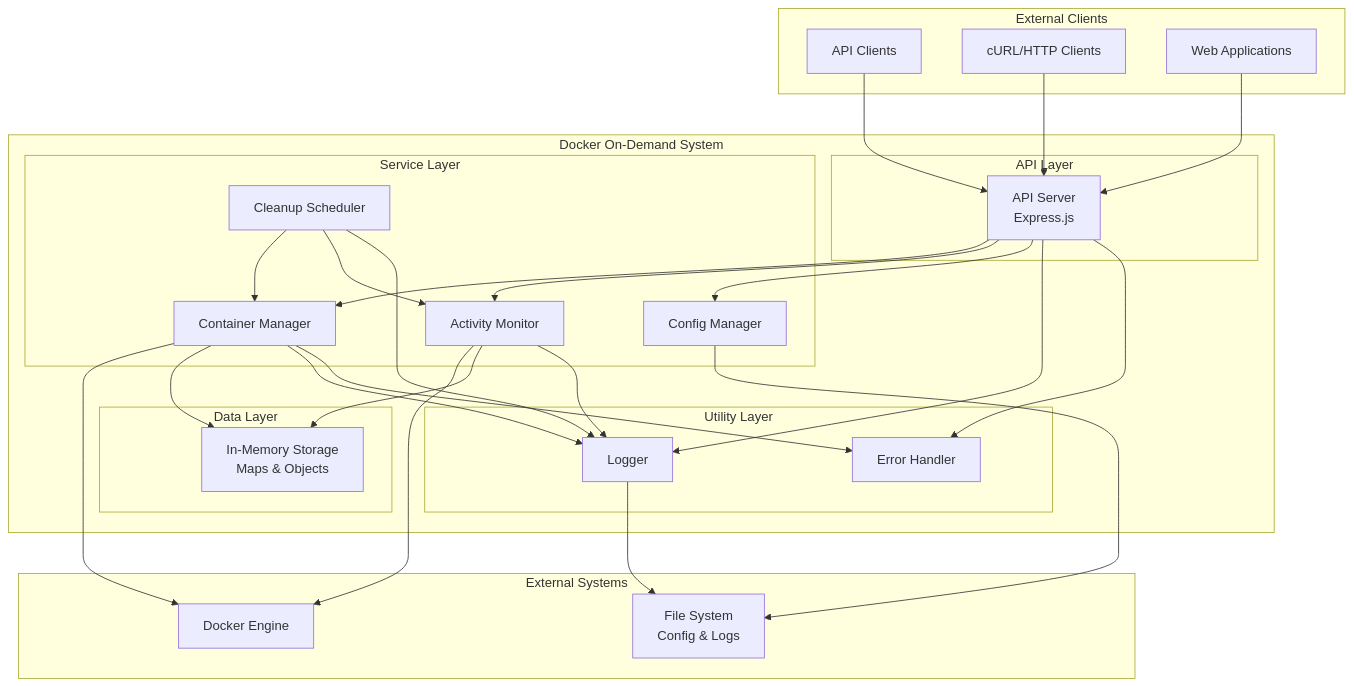
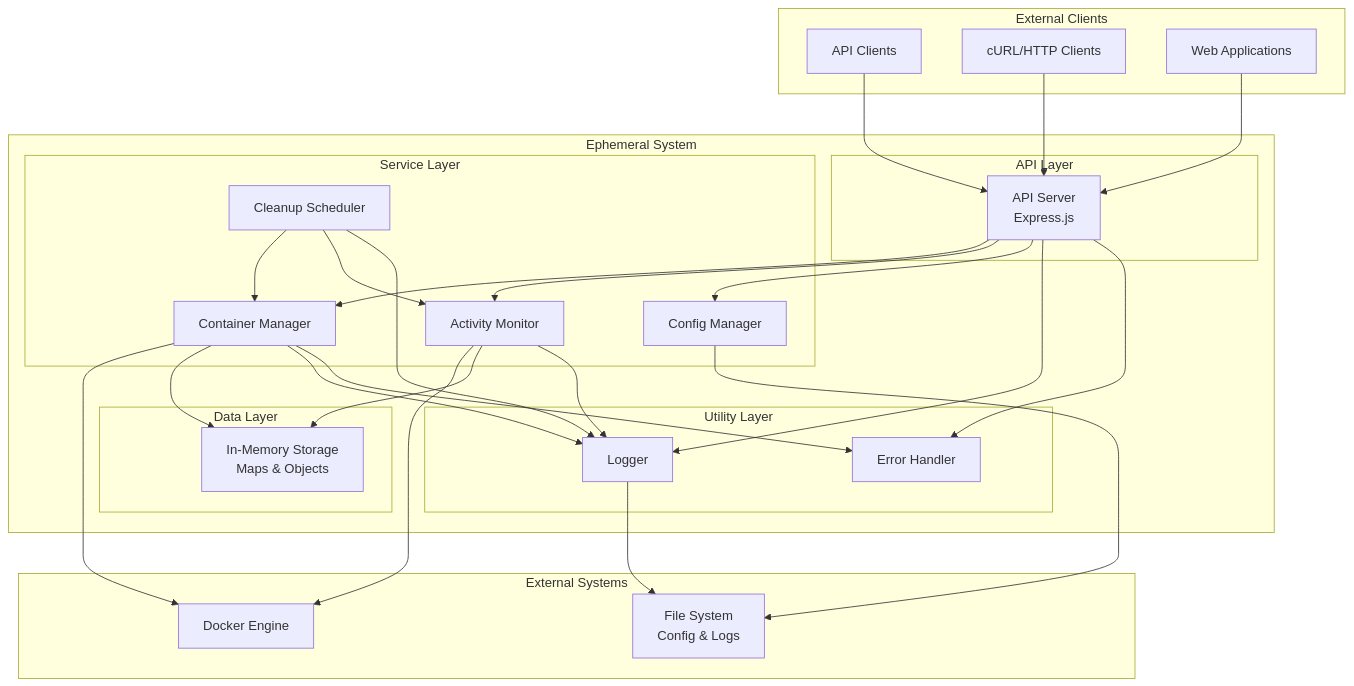
One commit to mintic-ai/ephemeral changed the diagram in docs/architecture/overview.md. Above: the diagram before and after it, drawn with Mermaid. The commit also changed other lines of this file and 29 other files, not shown here.

Commit message:
Rename 'Docker On-Demand' to 'Ephemeral' across documentation, configuration, and codebase

````diff
--- a/docs/architecture/overview.md
+++ b/docs/architecture/overview.md
@@ -57,62 +57,62 @@
 ```mermaid
 graph TB
     subgraph "External Clients"
         API_CLIENT[API Clients]
         CURL[cURL/HTTP Clients]
         WEB_APP[Web Applications]
     end
 
-    subgraph "Docker On-Demand System"
+    subgraph "Ephemeral System"
         subgraph "API Layer"
             API_SERVER[API Server<br/>Express.js]
         end
 
         subgraph "Service Layer"
             CONTAINER_MGR[Container Manager]
             ACTIVITY_MON[Activity Monitor]
             CLEANUP_SCHED[Cleanup Scheduler]
             CONFIG_MGR[Config Manager]
         end
 
         subgraph "Utility Layer"
             LOGGER[Logger]
             ERROR_HANDLER[Error Handler]
         end
 
         subgraph "Data Layer"
             MEMORY_STORE[In-Memory Storage<br/>Maps & Objects]
         end
     end
 
     subgraph "External Systems"
         DOCKER[Docker Engine]
         FILE_SYSTEM[File System<br/>Config & Logs]
     end
 
     API_CLIENT --> API_SERVER
     CURL --> API_SERVER
     WEB_APP --> API_SERVER
 
     API_SERVER --> CONTAINER_MGR
     API_SERVER --> ACTIVITY_MON
     API_SERVER --> CONFIG_MGR
 
     CONTAINER_MGR --> DOCKER
     ACTIVITY_MON --> DOCKER
     CLEANUP_SCHED --> CONTAINER_MGR
     CLEANUP_SCHED --> ACTIVITY_MON
 
     CONFIG_MGR --> FILE_SYSTEM
     LOGGER --> FILE_SYSTEM
 
     CONTAINER_MGR --> MEMORY_STORE
     ACTIVITY_MON --> MEMORY_STORE
 
     CONTAINER_MGR --> LOGGER
     ACTIVITY_MON --> LOGGER
     CLEANUP_SCHED --> LOGGER
     API_SERVER --> LOGGER
 
     CONTAINER_MGR --> ERROR_HANDLER
     API_SERVER --> ERROR_HANDLER
 ```
````
